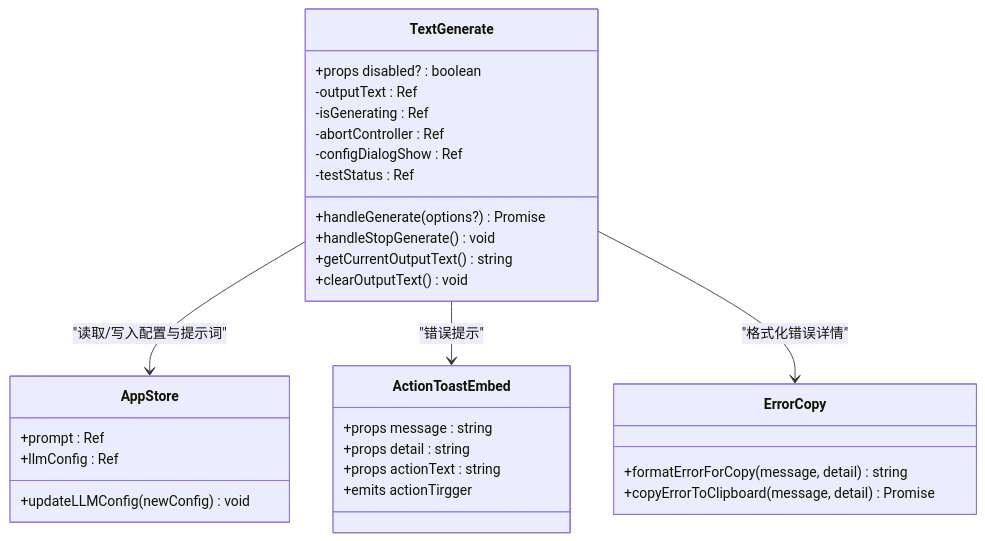
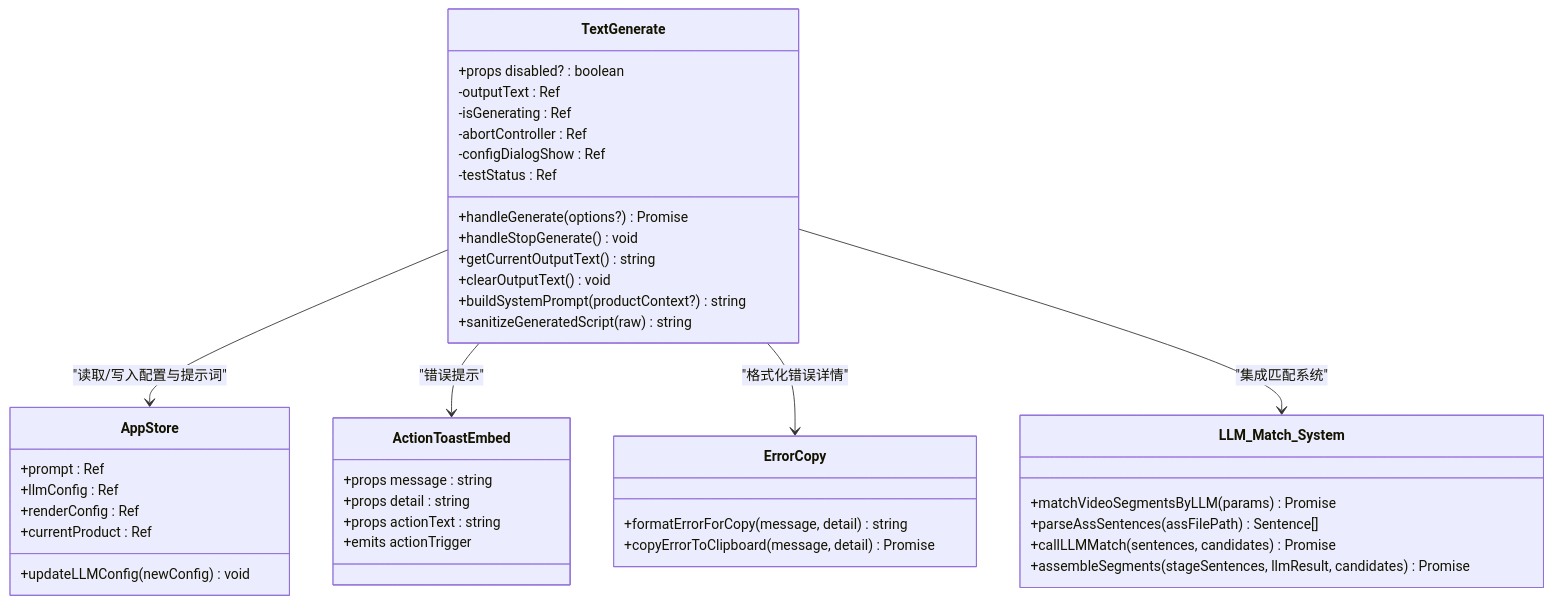
One commit to torans/crow.video changed the third of 7 diagrams in .qoder/repowiki/zh/content/UI组件系统/文案生成组件.md. Above: the diagram before and after it, drawn with Mermaid. The commit also changed other lines of this file and 35 other files, not shown here.

Commit message:
feat(video-pipeline): refactor video matching and strict script prompt for commercial quality

````diff
--- a/.qoder/repowiki/zh/content/UI组件系统/文案生成组件.md
+++ b/.qoder/repowiki/zh/content/UI组件系统/文案生成组件.md
@@ -150,33 +176,44 @@
 ```mermaid
 classDiagram
 class TextGenerate {
 +props disabled? : boolean
 -outputText : Ref<string>
 -isGenerating : Ref<boolean>
 -abortController : Ref<AbortController|null>
 -configDialogShow : Ref<boolean>
 -testStatus : Ref<TestStatusEnum>
 +handleGenerate(options?) Promise<string>
 +handleStopGenerate() void
 +getCurrentOutputText() string
 +clearOutputText() void
++buildSystemPrompt(productContext?) string
++sanitizeGeneratedScript(raw) string
 }
 class ActionToastEmbed {
 +props message : string
 +props detail : string
 +props actionText : string
-+emits actionTirgger
++emits actionTrigger
 }
 class ErrorCopy {
 +formatErrorForCopy(message, detail) string
 +copyErrorToClipboard(message, detail) Promise<void>
 }
 class AppStore {
 +prompt : Ref<string>
 +llmConfig : Ref<LLMConfig>
++renderConfig : Ref<RenderConfig>
++currentProduct : Ref<ProductReferenceRecord?>
 +updateLLMConfig(newConfig) void
+}
+class LLM_Match_System {
++matchVideoSegmentsByLLM(params) Promise
++parseAssSentences(assFilePath) Sentence[]
++callLLMMatch(sentences, candidates) Promise
++assembleSegments(stageSentences, llmResult, candidates) Promise
 }
 TextGenerate --> AppStore : "读取/写入配置与提示词"
 TextGenerate --> ActionToastEmbed : "错误提示"
 TextGenerate --> ErrorCopy : "格式化错误详情"
+TextGenerate --> LLM_Match_System : "集成匹配系统"
 ```
````
